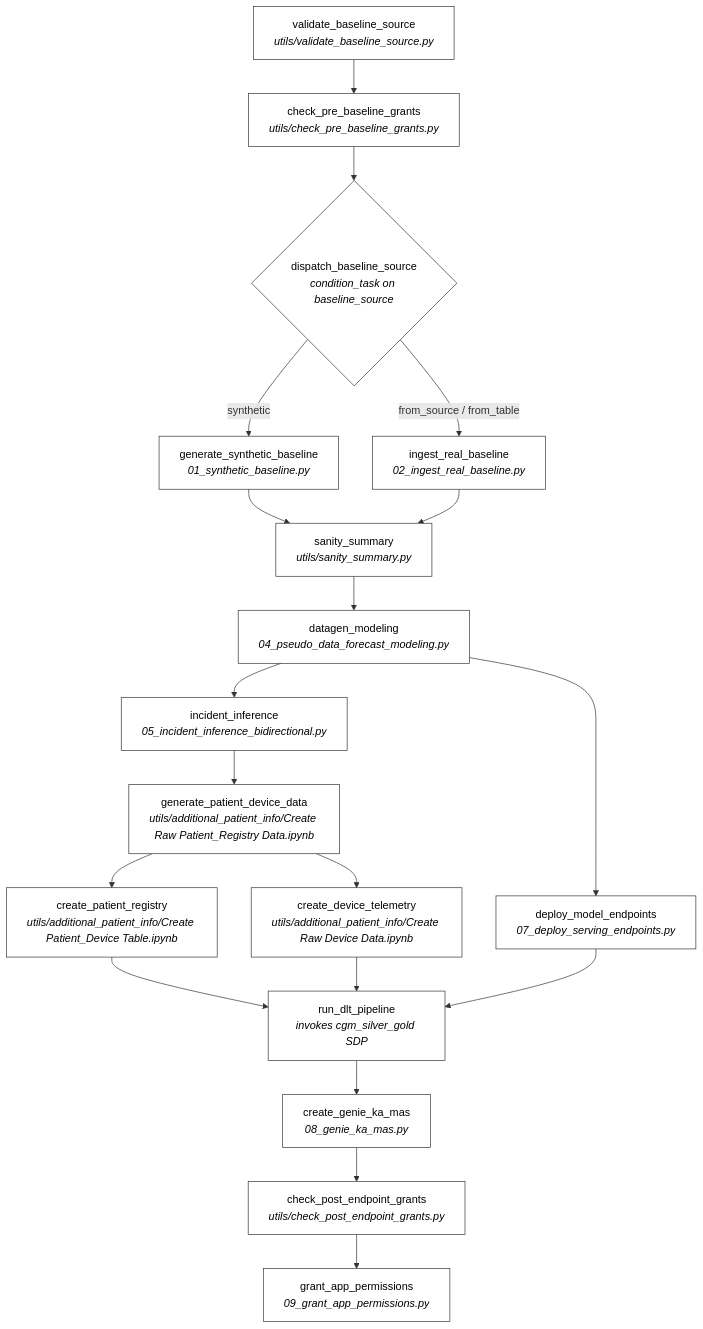
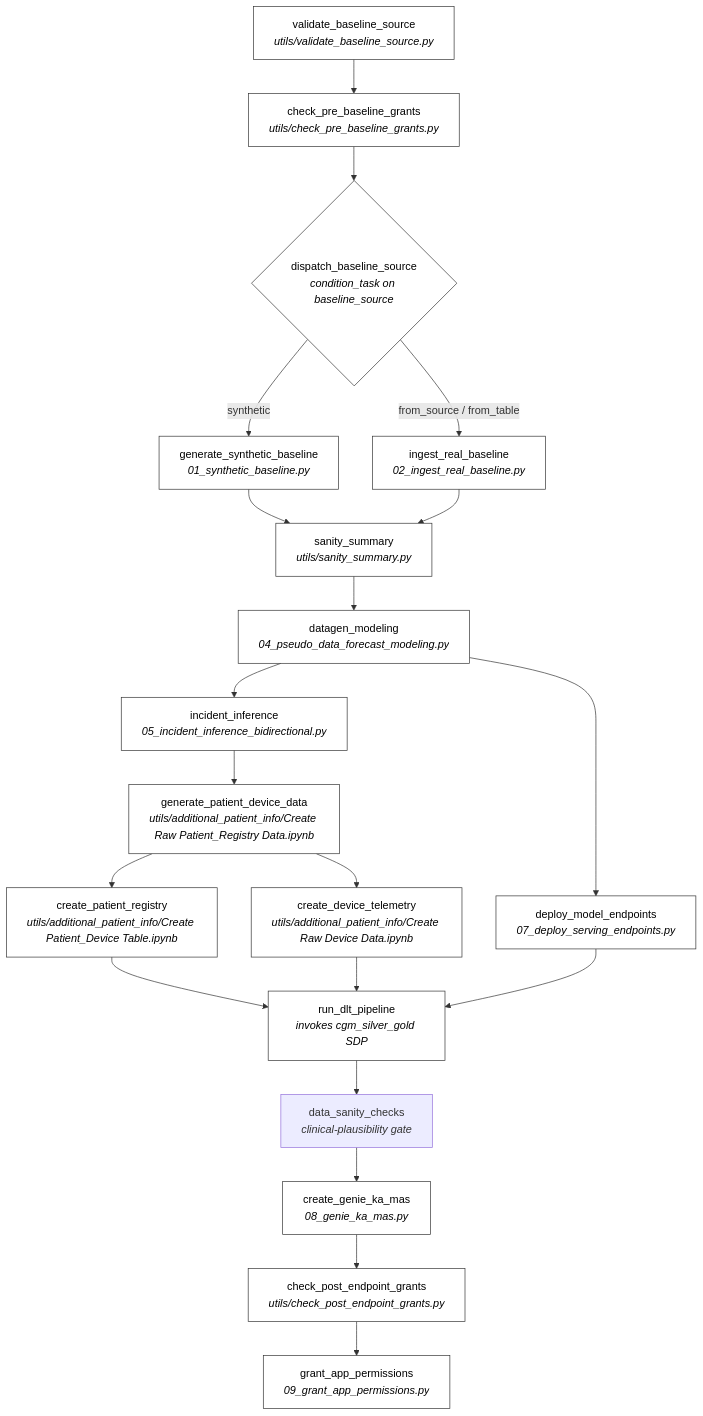
One commit to databricks-industry-solutions/glucosphere changed the diagram in REPO_LAYOUT.md. Above: the diagram before and after it, drawn with Mermaid. The commit also changed other lines of this file and 2 other files, not shown here.

First line of the commit message:
docs: record data-plausibility + forecast-anchor + sanity-gate work

````diff
--- a/REPO_LAYOUT.md
+++ b/REPO_LAYOUT.md
@@ -107,39 +107,40 @@
 ```mermaid
 flowchart TD
     classDef plain fill:#fff,stroke:#333,stroke-width:1px,color:#000
 
     A[validate_baseline_source<br/><i>utils/validate_baseline_source.py</i>]
     B[check_pre_baseline_grants<br/><i>utils/check_pre_baseline_grants.py</i>]
     C{dispatch_baseline_source<br/><i>condition_task on baseline_source</i>}
     D1[generate_synthetic_baseline<br/><i>01_synthetic_baseline.py</i>]
     D2[ingest_real_baseline<br/><i>02_ingest_real_baseline.py</i>]
     E[sanity_summary<br/><i>utils/sanity_summary.py</i>]
     F[datagen_modeling<br/><i>04_pseudo_data_forecast_modeling.py</i>]
     G1[incident_inference<br/><i>05_incident_inference_bidirectional.py</i>]
     G2[deploy_model_endpoints<br/><i>07_deploy_serving_endpoints.py</i>]
     H[generate_patient_device_data<br/><i>utils/additional_patient_info/Create Raw Patient_Registry Data.ipynb</i>]
     I1[create_patient_registry<br/><i>utils/additional_patient_info/Create Patient_Device Table.ipynb</i>]
     I2[create_device_telemetry<br/><i>utils/additional_patient_info/Create Raw Device Data.ipynb</i>]
     J[run_dlt_pipeline<br/><i>invokes cgm_silver_gold SDP</i>]
+    SC[data_sanity_checks<br/><i>clinical-plausibility gate</i>]
     K[create_genie_ka_mas<br/><i>08_genie_ka_mas.py</i>]
     L[check_post_endpoint_grants<br/><i>utils/check_post_endpoint_grants.py</i>]
     M[grant_app_permissions<br/><i>09_grant_app_permissions.py</i>]
 
     A --> B --> C
     C -- "synthetic" --> D1
     C -- "from_source / from_table" --> D2
     D1 --> E
     D2 --> E
     E --> F
     F --> G1
     F --> G2
     G1 --> H
     H --> I1
     H --> I2
     I1 --> J
     I2 --> J
     G2 --> J
-    J --> K --> L --> M
+    J --> SC --> K --> L --> M
 
     class A,B,C,D1,D2,E,F,G1,G2,H,I1,I2,J,K,L,M plain
 ```
````
